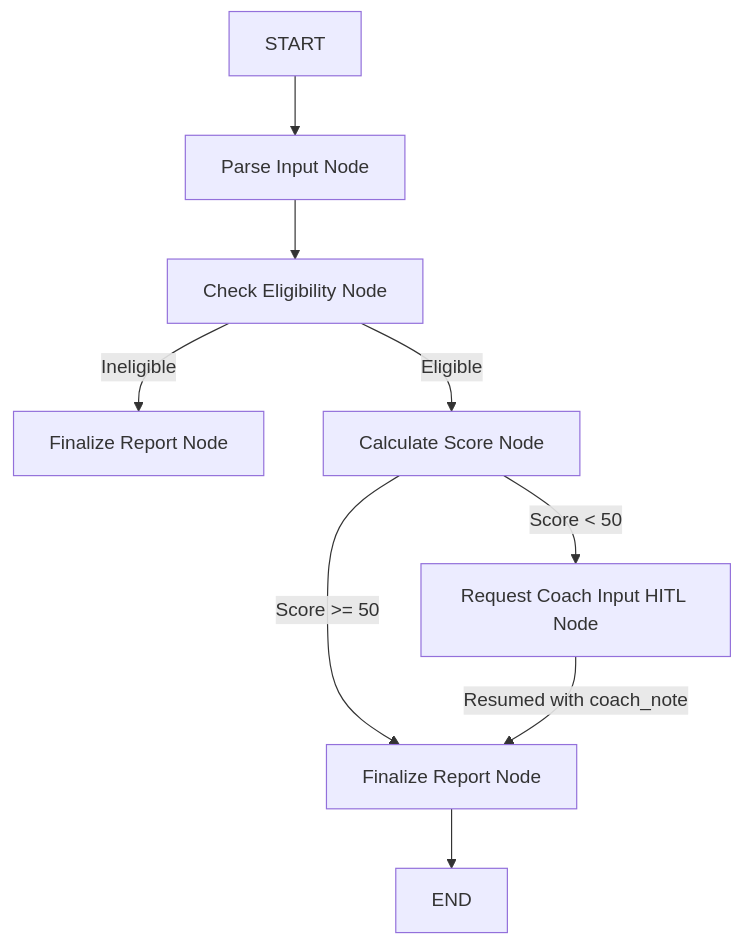
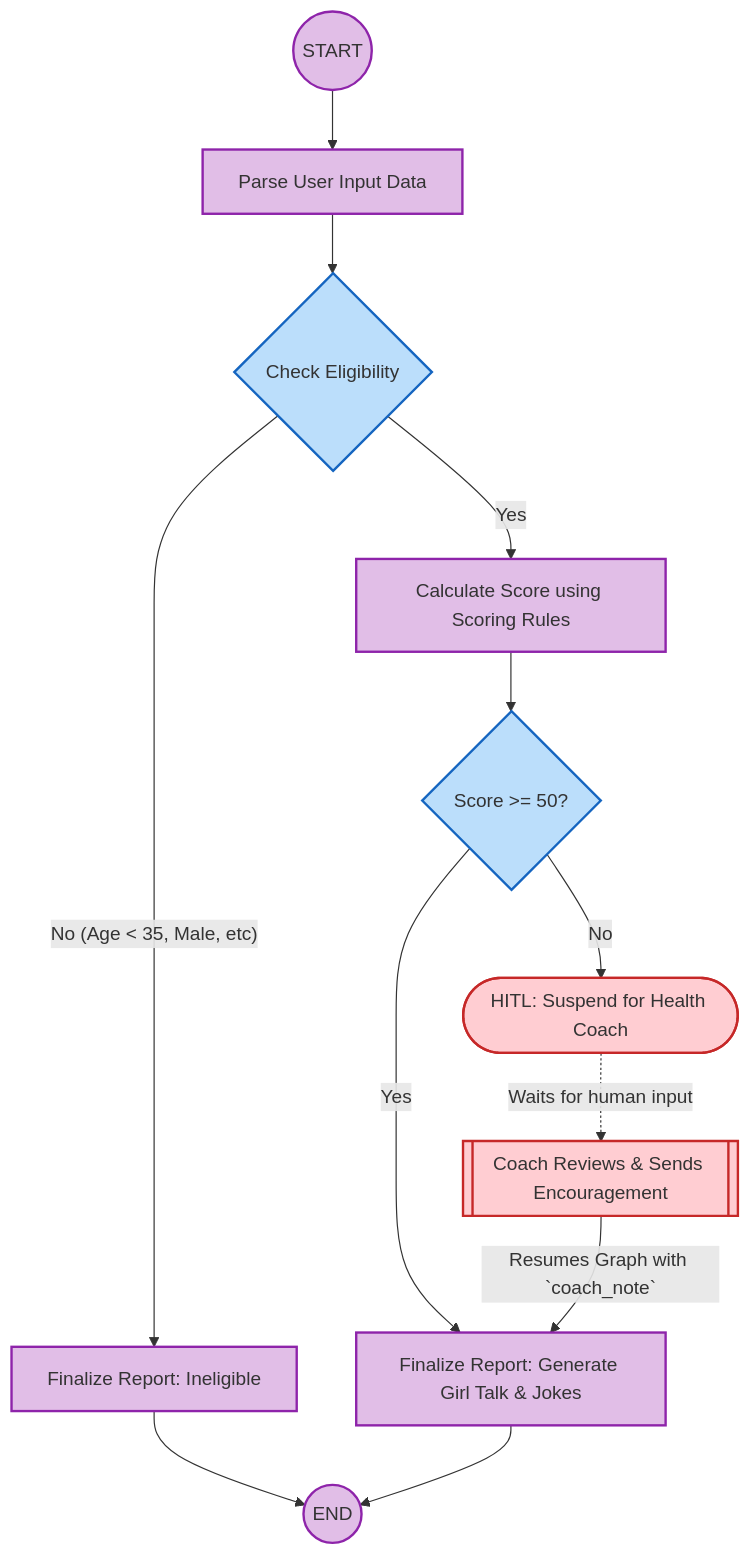
Before and after one commit to Magenta123Pro/Google_ADK_HumanintheLoop: the diagram in README.md, drawn with Mermaid. The commit also changed other lines of this file and 12 other files, not shown here.

````diff
--- a/README.md
+++ b/README.md
@@ -37,14 +58,37 @@
 ```mermaid
 graph TD
-    START --> parse_input[Parse Input Node]
-    parse_input --> check_eligibility[Check Eligibility Node]
+    %% Define styles for nodes
+    classDef adk fill:#e1bee7,stroke:#8e24aa,stroke-width:2px;
+    classDef hitl fill:#ffcdd2,stroke:#c62828,stroke-width:2px;
+    classDef decision fill:#bbdefb,stroke:#1565c0,stroke-width:2px;
+
+    %% Nodes
+    START((START)):::adk
+    parse_input[Parse User Input Data]:::adk
+    check_eligibility{Check Eligibility}:::decision
+    ineligible_route[Finalize Report: Ineligible]:::adk
+    calculate_score[Calculate Score using Scoring Rules]:::adk
+    score_check{Score >= 50?}:::decision
+    finalize_report[Finalize Report: Generate Girl Talk & Jokes]:::adk
+    request_coach_input([HITL: Suspend for Health Coach]):::hitl
+    coach_review[[Coach Reviews & Sends Encouragement]]:::hitl
+    END((END)):::adk
+
+    %% Edges
+    START --> parse_input
+    parse_input --> check_eligibility
     
-    check_eligibility -- Ineligible --> ineligible_route[Finalize Report Node]
-    check_eligibility -- Eligible --> calculate_score[Calculate Score Node]
+    check_eligibility -- No (Age < 35, Male, etc) --> ineligible_route
+    ineligible_route --> END
+
+    check_eligibility -- Yes --> calculate_score
+    calculate_score --> score_check
     
-    calculate_score -- Score >= 50 --> finalize_report[Finalize Report Node]
-    calculate_score -- Score < 50 --> request_coach_input[Request Coach Input HITL Node]
+    score_check -- Yes --> finalize_report
+    score_check -- No --> request_coach_input
     
-    request_coach_input -- Resumed with coach_note --> finalize_report
+    request_coach_input -. Waits for human input .-> coach_review
+    coach_review -- Resumes Graph with `coach_note` --> finalize_report
+    
     finalize_report --> END
 ```
````
